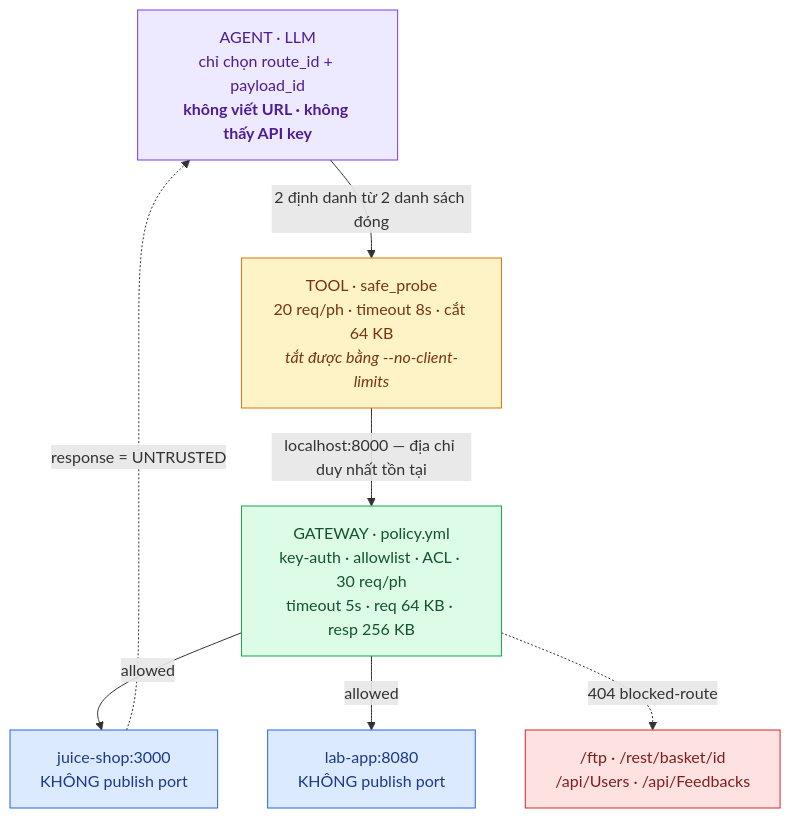
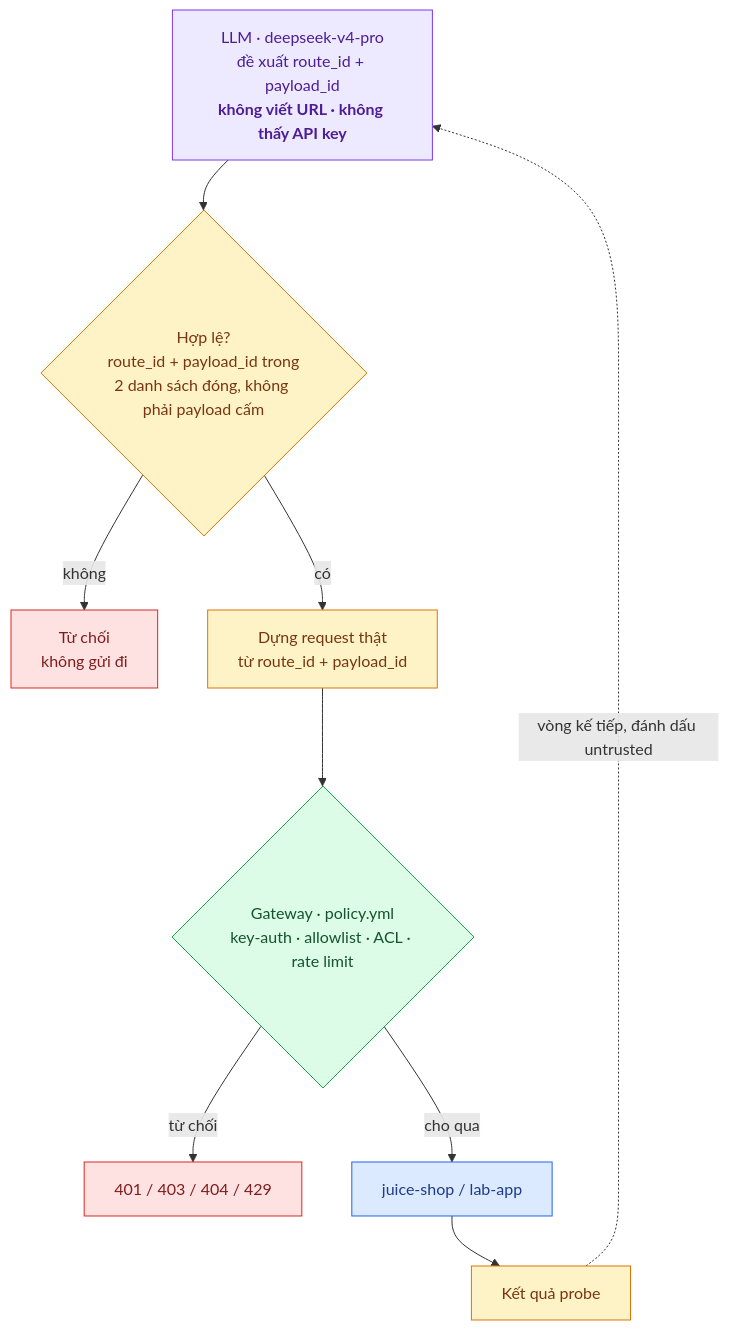
Before and after one commit to anhtrinh2905/safe-probe-gateway: the third of 3 diagrams in reports/2026-08-14_TrinhThiLanAnh_Week4.md, drawn with Mermaid. The commit also changed other lines of this file and 10 other files, not shown here.

````diff
--- a/reports/2026-08-14_TrinhThiLanAnh_Week4.md
+++ b/reports/2026-08-14_TrinhThiLanAnh_Week4.md
@@ -34,28 +251,30 @@
 ```mermaid
 flowchart TB
-  A["AGENT · LLM<br/>chỉ chọn route_id + payload_id<br/><b>không viết URL · không thấy API key</b>"]
-  T["TOOL · safe_probe<br/>20 req/ph · timeout 8s · cắt 64 KB<br/><i>tắt được bằng --no-client-limits</i>"]
-  G["GATEWAY · policy.yml<br/>key-auth · allowlist · ACL · 30 req/ph<br/>timeout 5s · req 64 KB · resp 256 KB"]
-  JS["juice-shop:3000<br/>KHÔNG publish port"]
-  LB["lab-app:8080<br/>KHÔNG publish port"]
-  X["/ftp · /rest/basket/id<br/>/api/Users · /api/Feedbacks"]
+  LLM["LLM · deepseek-v4-pro<br/>đề xuất route_id + payload_id<br/><b>không viết URL · không thấy API key</b>"]
+  CHECK{"Hợp lệ?<br/>route_id + payload_id trong<br/>2 danh sách đóng, không phải payload cấm"}
+  REJECT["Từ chối<br/>không gửi đi"]
+  SEND["Dựng request thật<br/>từ route_id + payload_id"]
+  GW{"Gateway · policy.yml<br/>key-auth · allowlist · ACL · rate limit"}
+  DENY["401 / 403 / 404 / 429"]
+  TARGET["juice-shop / lab-app"]
+  RESULT["Kết quả probe"]
 
-  A -->|"2 định danh từ 2 danh sách đóng"| T
-  T -->|"localhost:8000 — địa chỉ duy nhất tồn tại"| G
-  G -->|allowed| JS
-  G -->|allowed| LB
-  G -.->|"404 blocked-route"| X
-  JS -.->|"response = UNTRUSTED"| A
+  LLM --> CHECK
+  CHECK -->|không| REJECT
+  CHECK -->|có| SEND --> GW
+  GW -->|từ chối| DENY
+  GW -->|cho qua| TARGET --> RESULT
+  RESULT -.->|vòng kế tiếp, đánh dấu untrusted| LLM
 
   classDef llm fill:#ede9fe,stroke:#7c3aed,color:#4c1d95
   classDef tool fill:#fef3c7,stroke:#d97706,color:#78350f
   classDef gw fill:#dcfce7,stroke:#16a34a,color:#14532d
   classDef target fill:#dbeafe,stroke:#2563eb,color:#1e3a8a
   classDef blocked fill:#fee2e2,stroke:#dc2626,color:#7f1d1d
 
-  class A llm
-  class T tool
-  class G gw
-  class JS,LB target
-  class X blocked
+  class LLM llm
+  class CHECK,SEND,RESULT tool
+  class GW gw
+  class TARGET target
+  class DENY,REJECT blocked
 ```
````
